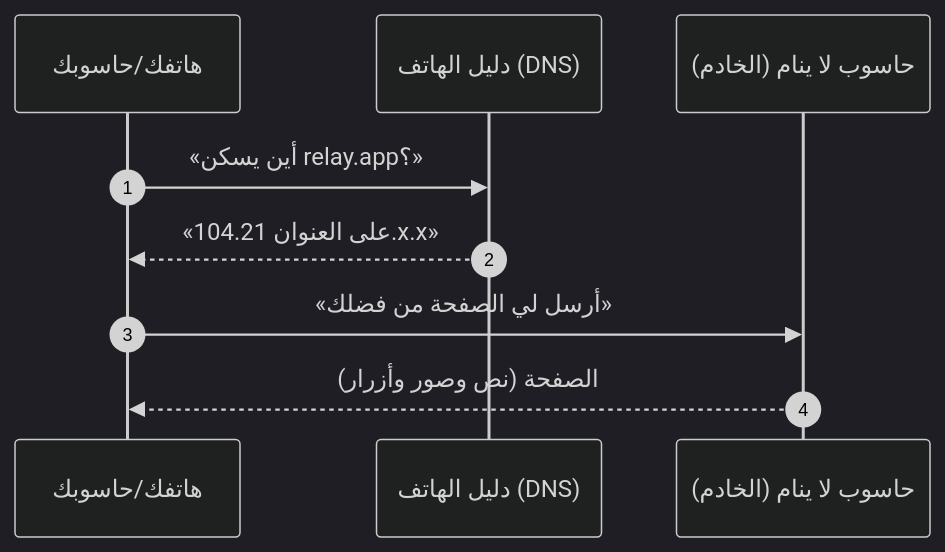
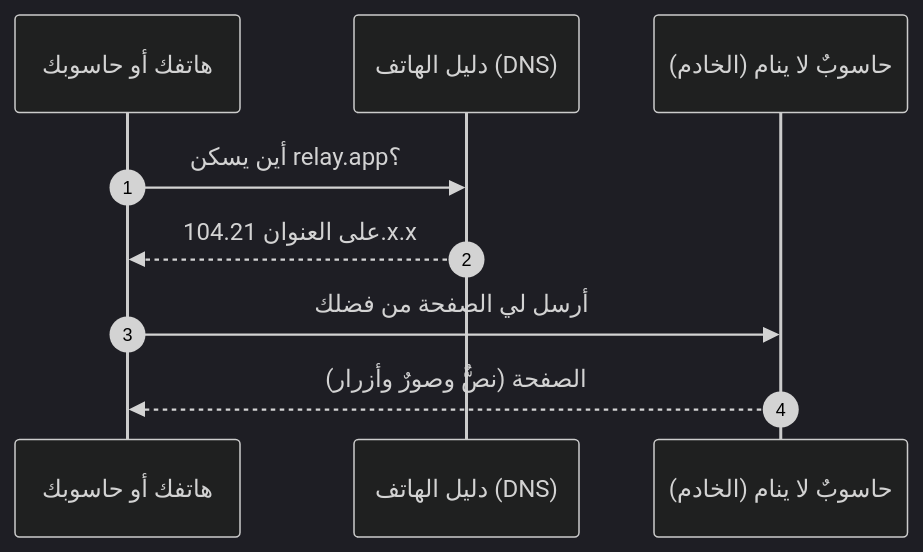
The first of 7 diagrams in modules/00-foundations/foundations.ar.md (Tamoura/system-design-for-vibe-coders), drawn with Mermaid (dark theme) before and after one commit. The commit also changed other lines of this file and 1 other file, not shown here.

Commit message:
Rewrite Part 0 & Module 0 Arabic in natural flowing register

````diff
--- a/modules/00-foundations/foundations.ar.md
+++ b/modules/00-foundations/foundations.ar.md
@@ -21,11 +21,11 @@
 ```mermaid
 sequenceDiagram
     autonumber
-    participant You as هاتفك/حاسوبك
+    participant You as هاتفك أو حاسوبك
     participant DNS as دليل الهاتف (DNS)
-    participant S as حاسوب لا ينام (الخادم)
-    You->>DNS: «أين يسكن relay.app؟»
-    DNS-->>You: «على العنوان 104.21.x.x»
-    You->>S: «أرسل لي الصفحة من فضلك»
-    S-->>You: الصفحة (نص وصور وأزرار)
+    participant S as حاسوبٌ لا ينام (الخادم)
+    You->>DNS: أين يسكن relay.app؟
+    DNS-->>You: على العنوان 104.21.x.x
+    You->>S: أرسل لي الصفحة من فضلك
+    S-->>You: الصفحة (نصٌّ وصورٌ وأزرار)
 ```
````
